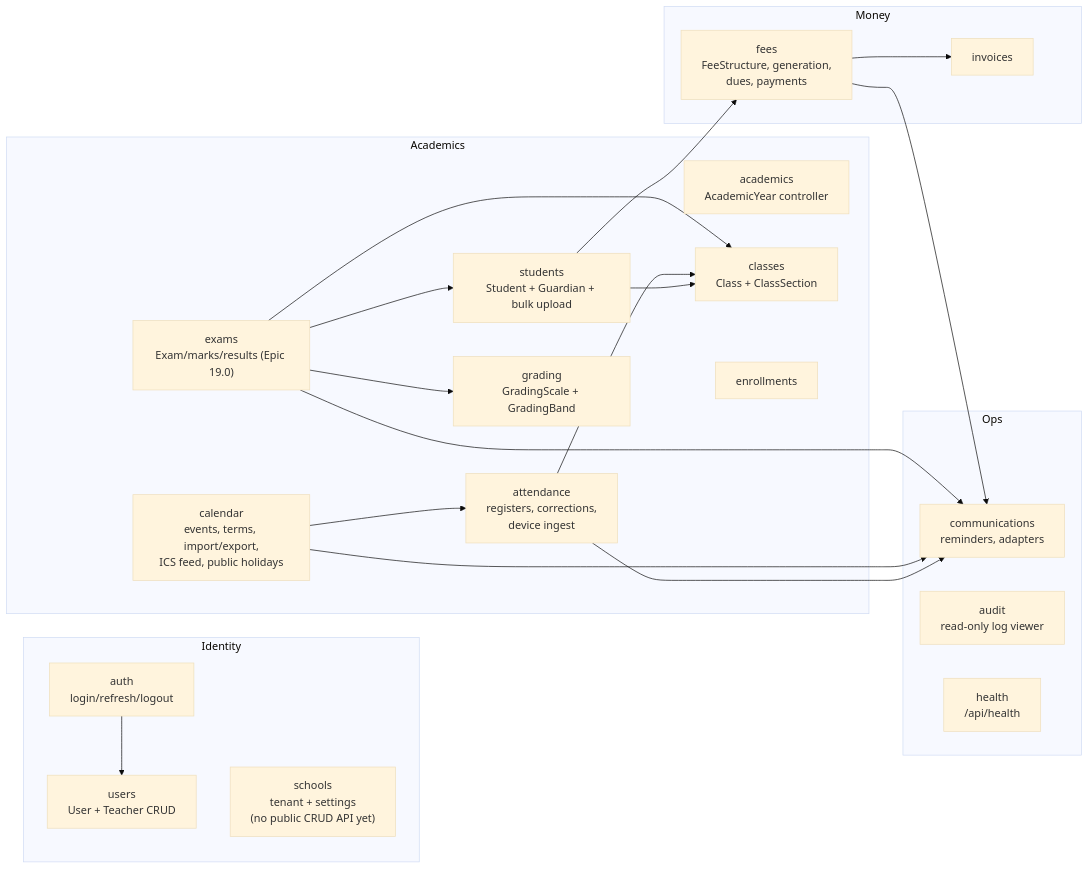
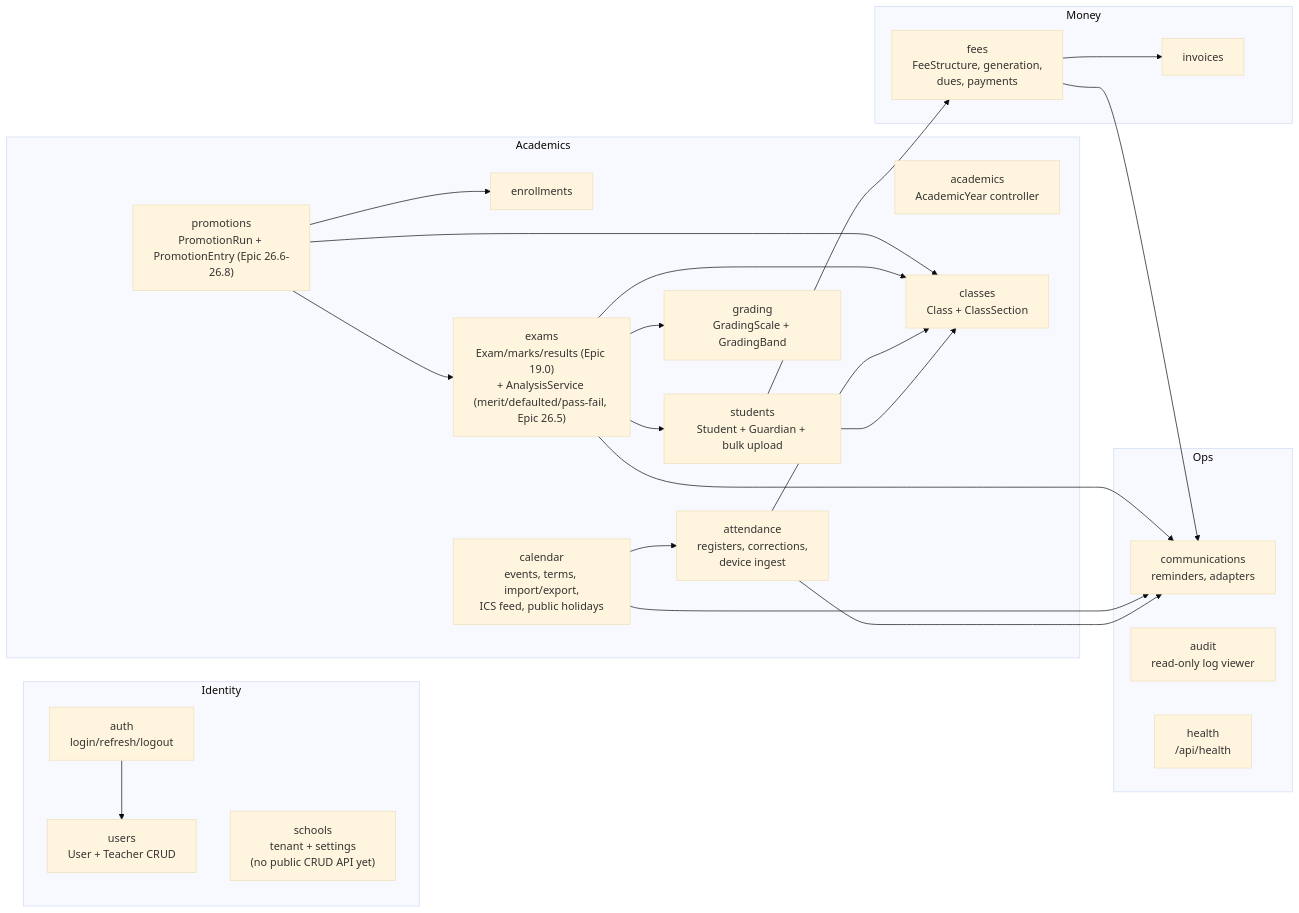
Before and after one commit to tareq89/biddaloy: the diagram in docs/architecture/03-backend-modules.md, drawn with Mermaid (base theme). The commit also changed other lines of this file and 4 other files, not shown here.

````diff
--- a/docs/architecture/03-backend-modules.md
+++ b/docs/architecture/03-backend-modules.md
@@ -7,41 +7,45 @@
 ```mermaid
 flowchart LR
     subgraph Identity
         auth["auth\nlogin/refresh/logout"]
         users["users\nUser + Teacher CRUD"]
         schools["schools\ntenant + settings\n(no public CRUD API yet)"]
     end
     subgraph Academics
         academics["academics\nAcademicYear controller"]
         classes["classes\nClass + ClassSection"]
         students["students\nStudent + Guardian + bulk upload"]
         enrollments["enrollments"]
         attendance["attendance\nregisters, corrections,\ndevice ingest"]
         calendar["calendar\nevents, terms, import/export,\nICS feed, public holidays"]
         grading["grading\nGradingScale + GradingBand"]
-        exams["exams\nExam/marks/results (Epic 19.0)"]
+        exams["exams\nExam/marks/results (Epic 19.0)\n+ AnalysisService (merit/defaulted/pass-fail, Epic 26.5)"]
+        promotions["promotions\nPromotionRun + PromotionEntry (Epic 26.6-26.8)"]
     end
     subgraph Money
         fees["fees\nFeeStructure, generation,\ndues, payments"]
         invoices["invoices"]
     end
     subgraph Ops
         communications["communications\nreminders, adapters"]
         audit["audit\nread-only log viewer"]
         health["health\n/api/health"]
     end
 
     auth --> users
     students --> classes
     students --> fees
     fees --> invoices
     fees --> communications
     attendance --> classes
     attendance --> communications
     calendar --> attendance
     calendar --> communications
     exams --> classes
     exams --> students
     exams --> grading
     exams --> communications
+    promotions --> exams
+    promotions --> classes
+    promotions --> enrollments
 ```
````
